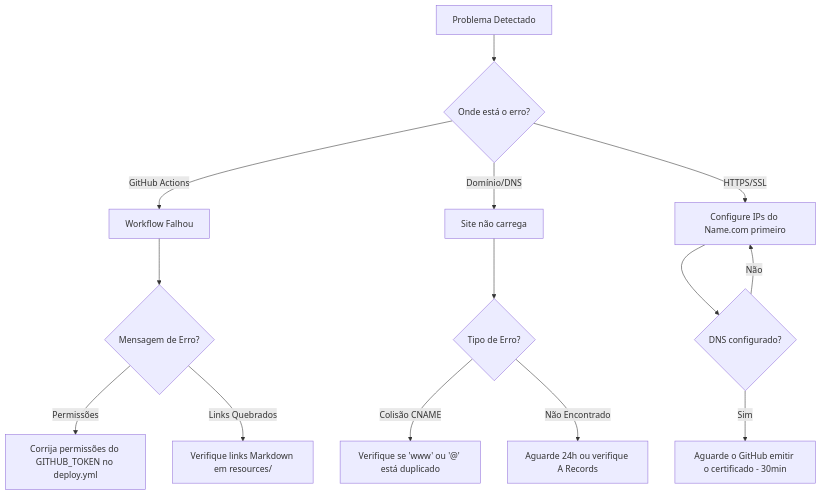
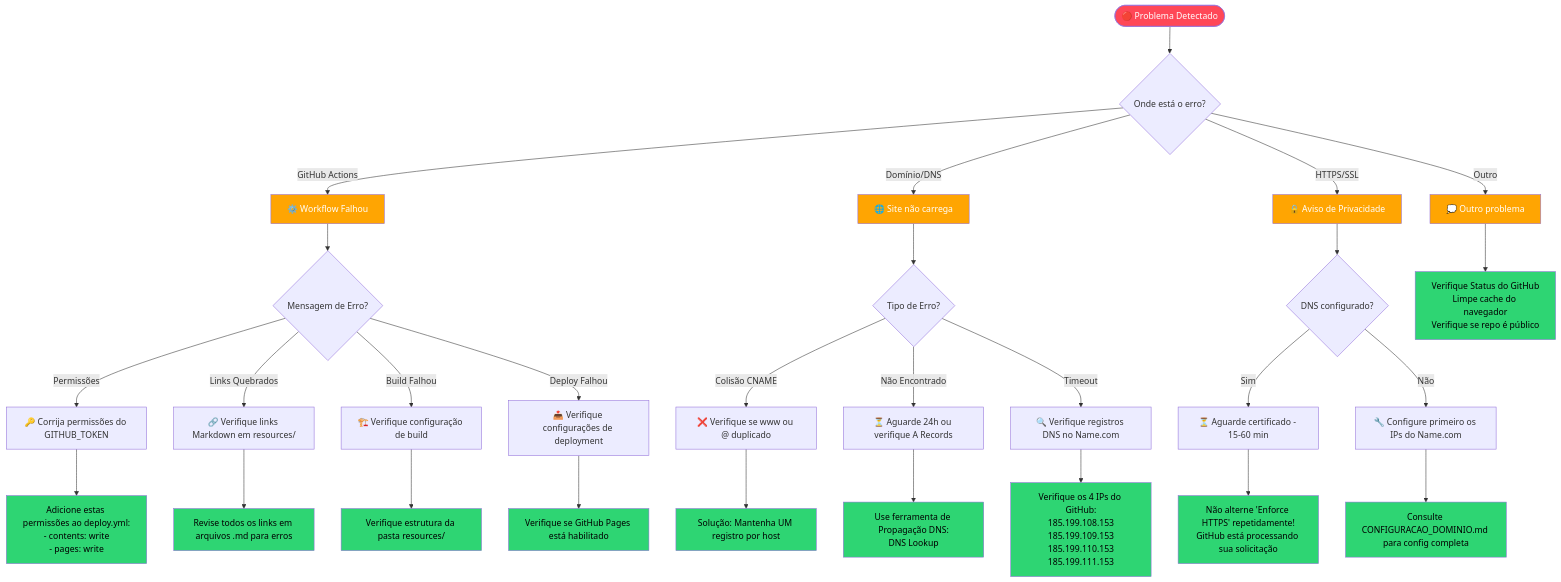
One commit to Genovese-Felipe/student-pack changed the first of 7 diagrams in resources/GUIA_SUPORTE.md. Above: the diagram before and after it, drawn with Mermaid. The commit also changed other lines of this file and 8 other files, not shown here.

Commit message:
Enhance documentation with comprehensive Mermaid diagrams and visual flows

````diff
--- a/resources/GUIA_SUPORTE.md
+++ b/resources/GUIA_SUPORTE.md
@@ -5,20 +7,58 @@
 ```mermaid
 graph TD
-    Start[Problema Detectado] --> Type{Onde está o erro?}
+    Start([🔴 Problema Detectado]) --> Type{Onde está o erro?}
 
-    Type -->|GitHub Actions| Actions[Workflow Falhou]
-    Type -->|Domínio/DNS| DNS[Site não carrega]
-    Type -->|HTTPS/SSL| SSL[Aviso de Privacidade]
+    Type -->|GitHub Actions| Actions[⚙️ Workflow Falhou]
+    Type -->|Domínio/DNS| DNS[🌐 Site não carrega]
+    Type -->|HTTPS/SSL| SSL[🔒 Aviso de Privacidade]
+    Type -->|Outro| Other[💭 Outro problema]
 
+    %% GitHub Actions Branch
     Actions --> Act1{Mensagem de Erro?}
-    Act1 -->|Permissões| Act2[Corrija permissões do GITHUB_TOKEN no deploy.yml]
-    Act1 -->|Links Quebrados| Act3[Verifique links Markdown em resources/]
+    Act1 -->|Permissões| Act2[🔑 Corrija permissões do GITHUB_TOKEN]
+    Act1 -->|Links Quebrados| Act3[🔗 Verifique links Markdown em resources/]
+    Act1 -->|Build Falhou| Act4[🏗️ Verifique configuração de build]
+    Act1 -->|Deploy Falhou| Act5[📤 Verifique configurações de deployment]
+    
+    Act2 --> Act2a["Adicione estas permissões ao deploy.yml:<br/>- contents: write<br/>- pages: write"]
+    Act3 --> Act3a[Revise todos os links em arquivos .md para erros]
+    Act4 --> Act4a[Verifique estrutura da pasta resources/]
+    Act5 --> Act5a[Verifique se GitHub Pages está habilitado]
 
+    %% DNS Branch
     DNS --> DNS1{Tipo de Erro?}
-    DNS1 -->|Colisão CNAME| DNS2[Verifique se 'www' ou '@' está duplicado]
-    DNS1 -->|Não Encontrado| DNS3[Aguarde 24h ou verifique A Records]
+    DNS1 -->|Colisão CNAME| DNS2[❌ Verifique se www ou @ duplicado]
+    DNS1 -->|Não Encontrado| DNS3[⏳ Aguarde 24h ou verifique A Records]
+    DNS1 -->|Timeout| DNS4[🔍 Verifique registros DNS no Name.com]
+    
+    DNS2 --> DNS2a["Solução: Mantenha UM registro por host"]
+    DNS3 --> DNS3a["Use ferramenta de Propagação DNS:<br/>DNS Lookup"]
+    DNS4 --> DNS4a["Verifique os 4 IPs do GitHub:<br/>185.199.108.153<br/>185.199.109.153<br/>185.199.110.153<br/>185.199.111.153"]
 
+    %% SSL Branch
     SSL --> SSL1{DNS configurado?}
-    SSL1 -->|Sim| SSL2[Aguarde o GitHub emitir o certificado - 30min]
-    SSL1 -->|Não| SSL[Configure IPs do Name.com primeiro]
+    SSL1 -->|Sim| SSL2[⏳ Aguarde certificado - 15-60 min]
+    SSL1 -->|Não| SSL3[🔧 Configure primeiro os IPs do Name.com]
+    
+    SSL2 --> SSL2a["Não alterne 'Enforce HTTPS' repetidamente!<br/>GitHub está processando sua solicitação"]
+    SSL3 --> SSL3a["Consulte CONFIGURACAO_DOMINIO.md para config completa"]
+
+    %% Other Branch
+    Other --> Oth1["Verifique Status do GitHub<br/>Limpe cache do navegador<br/>Verifique se repo é público"]
+
+    style Start fill:#ff4757,color:#fff
+    style Actions fill:#ffa502,color:#fff
+    style DNS fill:#ffa502,color:#fff
+    style SSL fill:#ffa502,color:#fff
+    style Other fill:#ffa502,color:#fff
+    style Act2a fill:#2ed573,color:#000
+    style Act3a fill:#2ed573,color:#000
+    style Act4a fill:#2ed573,color:#000
+    style Act5a fill:#2ed573,color:#000
+    style DNS2a fill:#2ed573,color:#000
+    style DNS3a fill:#2ed573,color:#000
+    style DNS4a fill:#2ed573,color:#000
+    style SSL2a fill:#2ed573,color:#000
+    style SSL3a fill:#2ed573,color:#000
+    style Oth1 fill:#2ed573,color:#000
 ```
````
